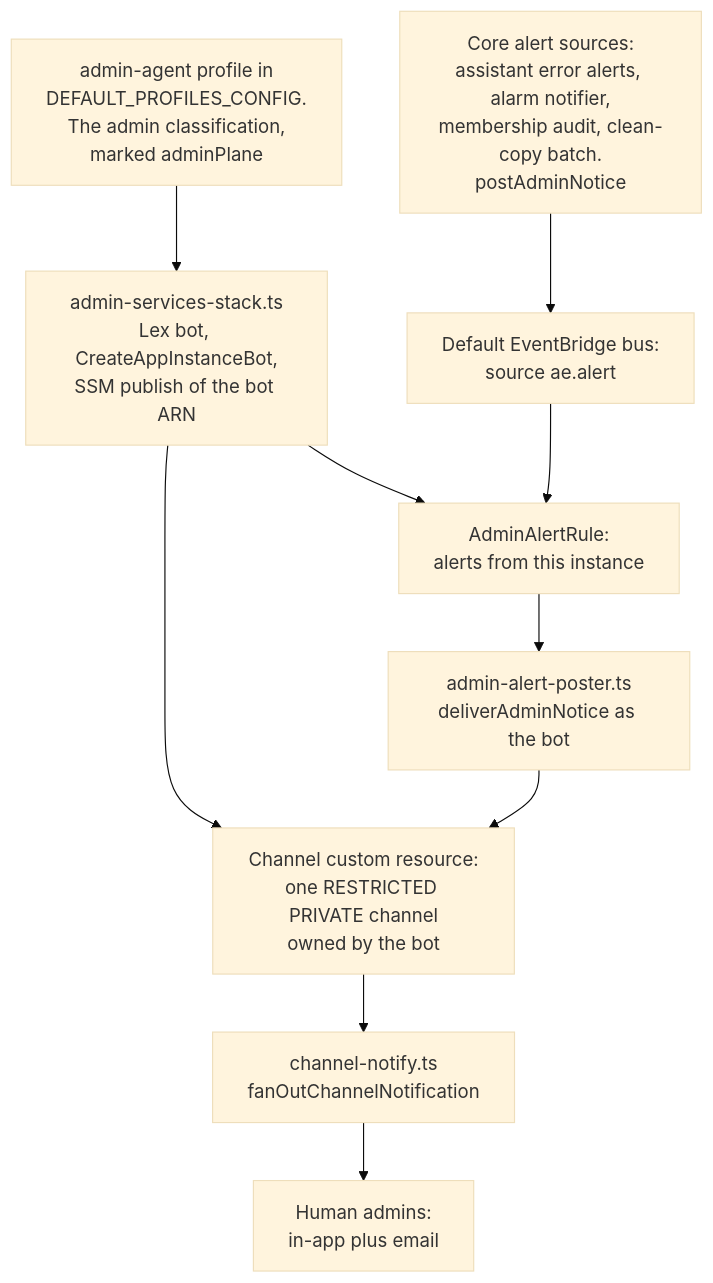
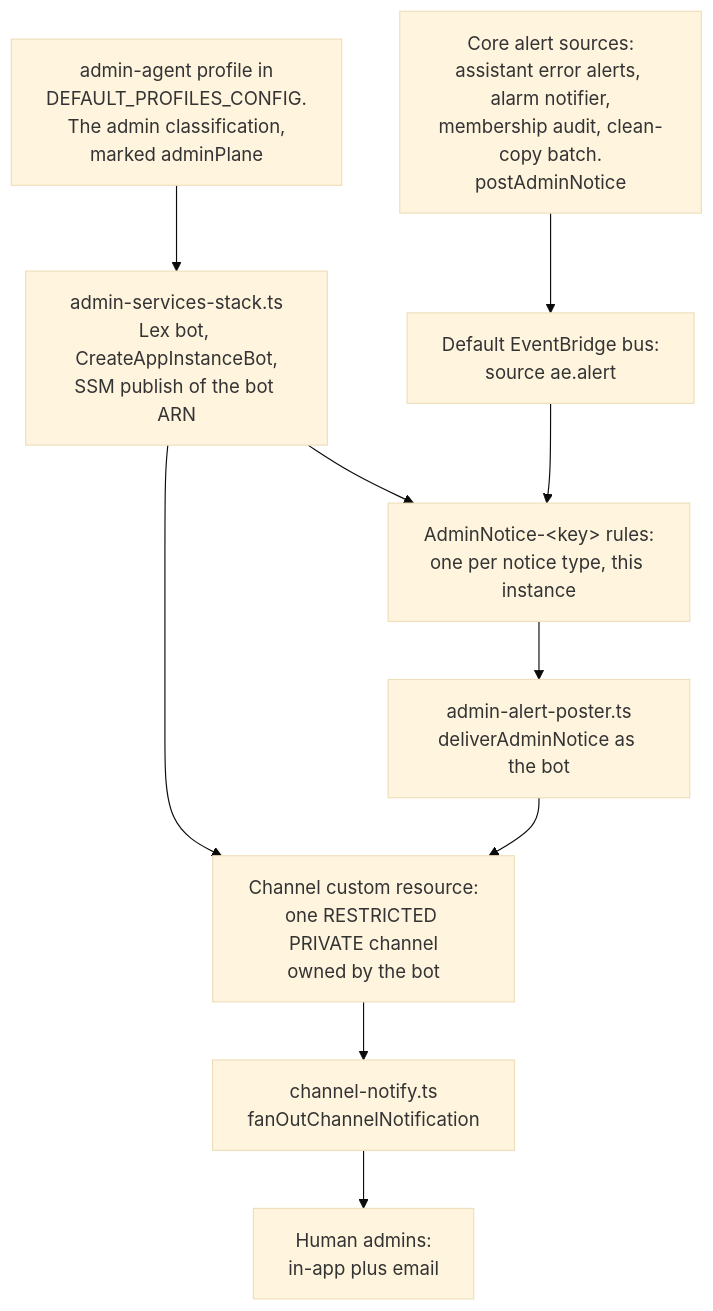
Before and after one commit to RyanSMcHarg/AgentEchelon: the first of 3 diagrams in docs/specs/interaction/governance/DESIGN-ADMIN-AGENT-NOTIFICATIONS.md, drawn with Mermaid (base theme). The commit also changed other lines of this file and 355 other files, not shown here.

First line of the commit message:
feat: hand-offs between teams, triggers from the account, admin notices by type, and the incident's pinned status

````diff
--- a/docs/specs/interaction/governance/DESIGN-ADMIN-AGENT-NOTIFICATIONS.md
+++ b/docs/specs/interaction/governance/DESIGN-ADMIN-AGENT-NOTIFICATIONS.md
@@ -19,21 +19,21 @@
 ```mermaid
 flowchart TB
   PROF["admin-agent profile in<br/>DEFAULT_PROFILES_CONFIG.<br/>The admin classification,<br/>marked adminPlane"]
   STACK["admin-services-stack.ts<br/>Lex bot, CreateAppInstanceBot,<br/>SSM publish of the bot ARN"]
   CHAN["Channel custom resource:<br/>one RESTRICTED PRIVATE channel<br/>owned by the bot"]
   EMIT["Core alert sources:<br/>assistant error alerts, alarm notifier,<br/>membership audit, clean-copy batch.<br/>postAdminNotice"]
   BUS["Default EventBridge bus:<br/>source ae.alert"]
-  RULE["AdminAlertRule:<br/>alerts from this instance"]
+  RULE["AdminNotice-&lt;key&gt; rules:<br/>one per notice type, this instance"]
   POST["admin-alert-poster.ts<br/>deliverAdminNotice as the bot"]
   FAN["channel-notify.ts<br/>fanOutChannelNotification"]
   MEM["Human admins:<br/>in-app plus email"]
   PROF --> STACK
   STACK --> CHAN
   STACK --> RULE
   EMIT --> BUS
   BUS --> RULE
   RULE --> POST
   POST --> CHAN
   CHAN --> FAN
   FAN --> MEM
 ```
````
